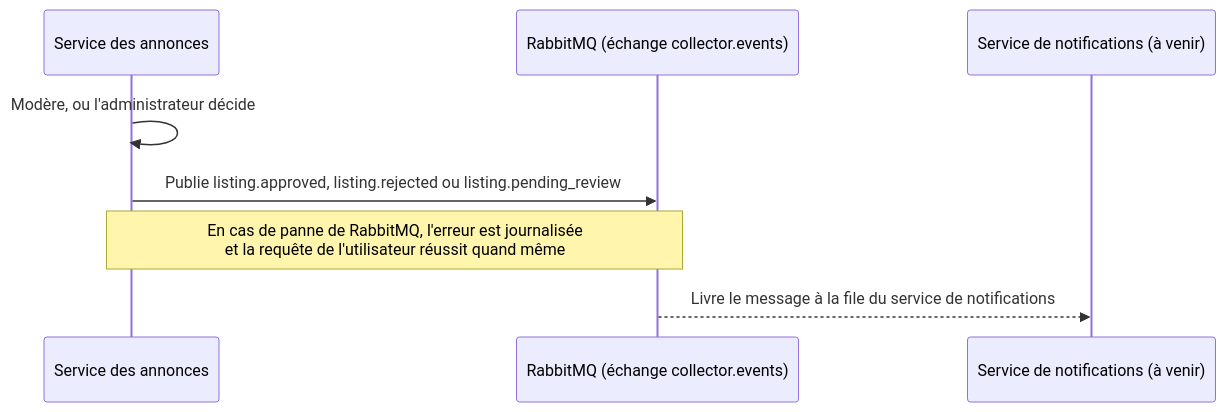
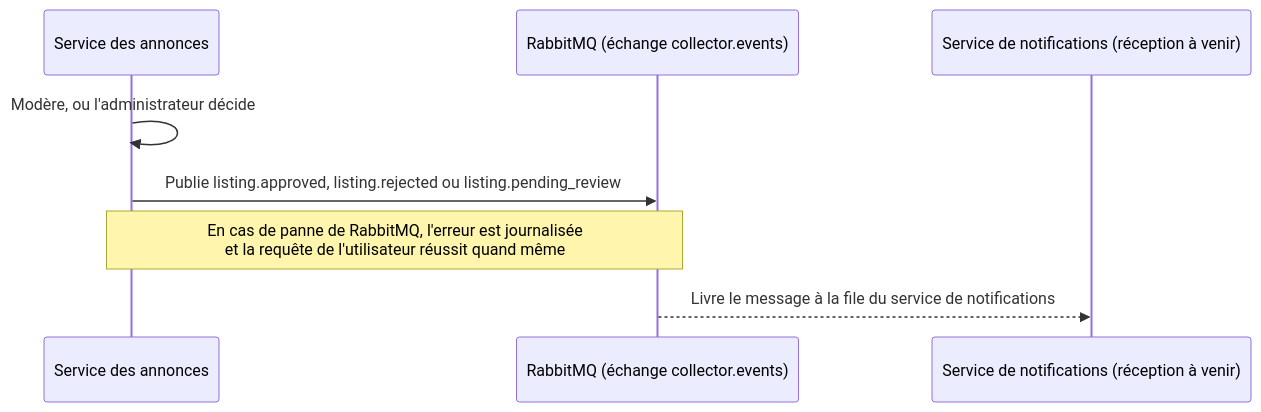
One commit to WALAAHAJJ/collector-indiv changed the sixth of 7 diagrams in docs/architecture.md. Above: the diagram before and after it, drawn with Mermaid. The commit also changed 3 other files, not shown here.

Commit message:
docs: service de notifications (README, tests, architecture, outils)

````diff
--- a/docs/architecture.md
+++ b/docs/architecture.md
@@ -114,10 +114,10 @@
 ```mermaid
 sequenceDiagram
     participant A as Service des annonces
     participant R as RabbitMQ (échange collector.events)
-    participant N as Service de notifications (à venir)
+    participant N as Service de notifications (réception à venir)
     A->>A: Modère, ou l'administrateur décide
     A->>R: Publie listing.approved, listing.rejected ou listing.pending_review
     Note over A,R: En cas de panne de RabbitMQ, l'erreur est journalisée<br/>et la requête de l'utilisateur réussit quand même
     R-->>N: Livre le message à la file du service de notifications
 ```
````
